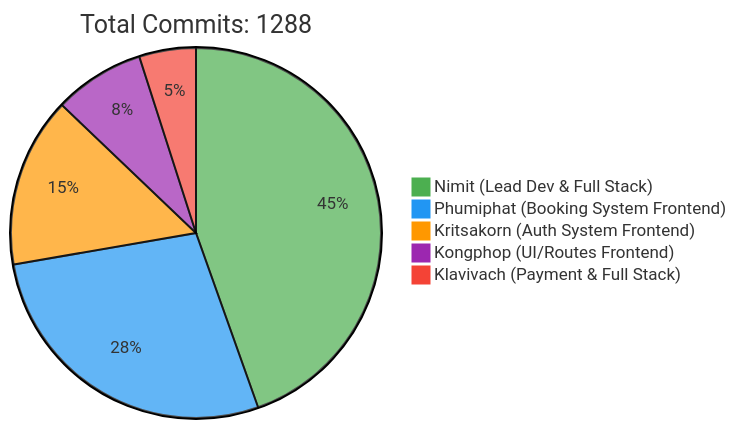
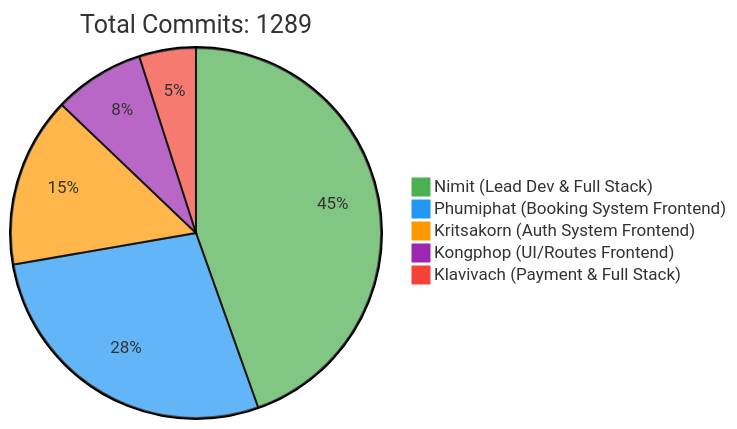
Before and after one commit to 6531503042/Sport-Complex: the first of 2 diagrams in README.md, drawn with Mermaid. The commit also changed other lines of this file, not shown here.

Commit message:
docs: Update contributor statistics [skip ci]

````diff
--- a/README.md
+++ b/README.md
@@ -257,10 +257,10 @@
 ```mermaid
 %%{init: {'theme': 'base', 'themeVariables': { 'pie1': '#4CAF50', 'pie2': '#2196F3', 'pie3': '#FF9800', 'pie4': '#9C27B0', 'pie5': '#F44336'}}}%%
 pie
-    title Total Commits: 1288
+    title Total Commits: 1289
     "Nimit (Lead Dev & Full Stack)" : 450
     "Phumiphat (Booking System Frontend)" : 280
     "Kritsakorn (Auth System Frontend)" : 150
     "Kongphop (UI/Routes Frontend)" : 80
     "Klavivach (Payment & Full Stack)" : 50
 ```
````
